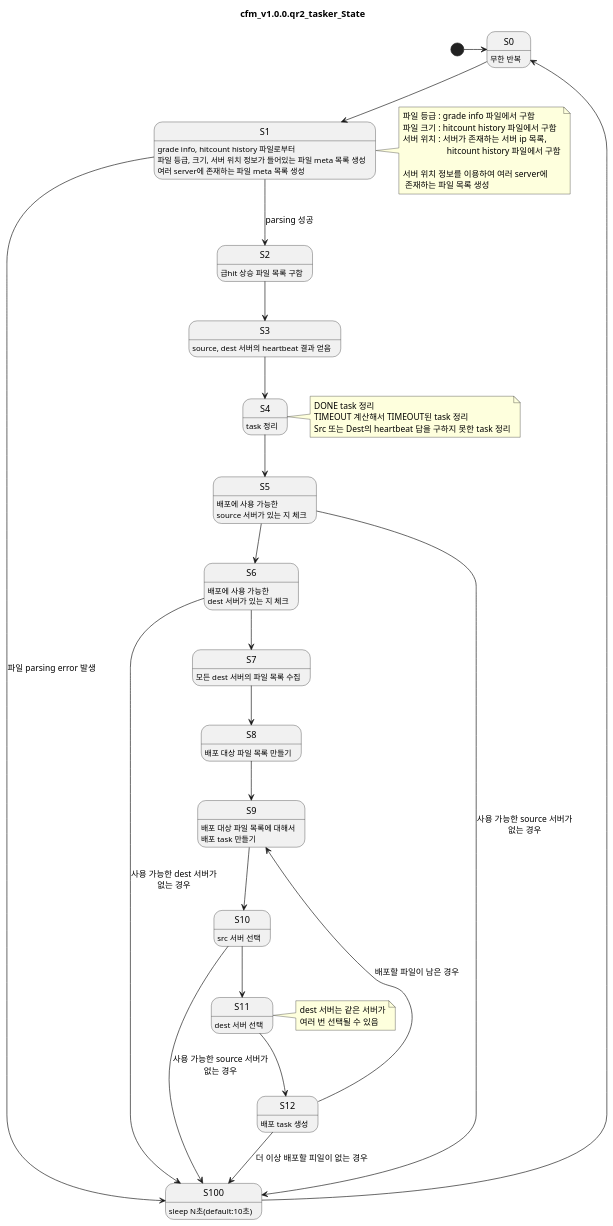
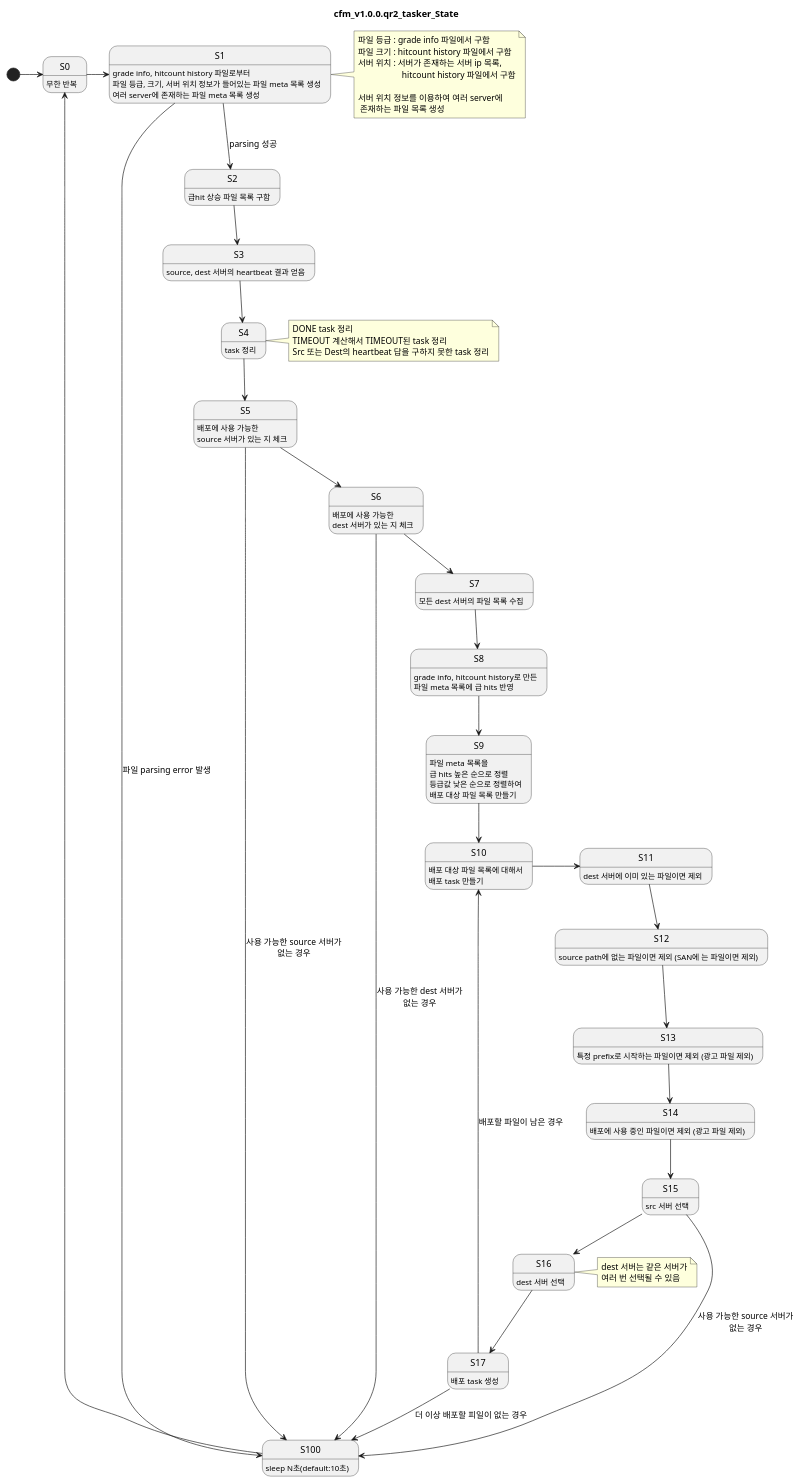
The ninth of 10 diagrams in doc/managingtasks_state.md (castisdev/cfm), drawn with PlantUML before and after one commit. The commit also changed other lines of this file and 24 other files, not shown here.

````diff
--- a/doc/managingtasks_state.md
+++ b/doc/managingtasks_state.md
@@ -227,72 +227,68 @@
 ```plantuml
 title cfm_v1.0.0.qr2_tasker_State
 hide empty description
 
-[*]-> S0
+[*] -> S0
 S0 : 무한 반복
-S0 --> S1
 S1 : grade info, hitcount history 파일로부터\n파일 등급, 크기, 서버 위치 정보가 들어있는 파일 meta 목록 생성\n여러 server에 존재하는 파일 meta 목록 생성
 note right
 	파일 등급 : grade info 파일에서 구함
 	파일 크기 : hitcount history 파일에서 구함
 	서버 위치 : 서버가 존재하는 서버 ip 목록,
                      hitcount history 파일에서 구함
 
 	서버 위치 정보를 이용하여 여러 server에
   존재하는 파일 목록 생성
 end note
-S1 --> S100 : 파일 parsing error 발생
-
-S1 --> S2 : parsing 성공
 S2 : 급hit 상승 파일 목록 구함
-
-S2 --> S3
 S3 : source, dest 서버의 heartbeat 결과 얻음
-
-S3 --> S4
 S4: task 정리
 note right
 	DONE task 정리
 	TIMEOUT 계산해서 TIMEOUT된 task 정리
 	Src 또는 Dest의 heartbeat 답을 구하지 못한 task 정리
 end note
-
-S4 --> S5
 S5 : 배포에 사용 가능한\nsource 서버가 있는 지 체크
-S5 --> S100 : 사용 가능한 source 서버가\n없는 경우
-
-S5 --> S6
 S6 : 배포에 사용 가능한\ndest 서버가 있는 지 체크
-S6 -> S100 : 사용 가능한 dest 서버가\n없는 경우
-
-S6 --> S7
 S7 : 모든 dest 서버의 파일 목록 수집
-
-S7 --> S8
-S8 : 배포 대상 파일 목록 만들기
-
-S8 --> S9
-S9 : 배포 대상 파일 목록에 대해서\n배포 task 만들기
-
-S9 --> S10
-S10 : src 서버 선택
-
-S10 --> S100 : 사용 가능한 source 서버가\n없는 경우
-
-S10 --> S11
-S11 : dest 서버 선택
+S8 : grade info, hitcount history로 만든\n파일 meta 목록에 급 hits 반영
+S9 : 파일 meta 목록을\n급 hits 높은 순으로 정렬\n등급값 낮은 순으로 정렬하여\n배포 대상 파일 목록 만들기
+S10 : 배포 대상 파일 목록에 대해서\n배포 task 만들기
+S11: dest 서버에 이미 있는 파일이면 제외
+S12: source path에 없는 파일이면 제외 (SAN에 는 파일이면 제외)
+S13: 특정 prefix로 시작하는 파일이면 제외 (광고 파일 제외)
+S14: 배포에 사용 중인 파일이면 제외 (광고 파일 제외)
+S15 : src 서버 선택
+S16 : dest 서버 선택
 note right
  dest 서버는 같은 서버가
  여러 번 선택될 수 있음
 end note
+S17 : 배포 task 생성
+S100: sleep N초(default:10초)
 
+S0 -> S1
+S1 -> S100 : 파일 parsing error 발생
+S1 --> S2 : parsing 성공
+S2 --> S3
+S3 --> S4
+S4 --> S5
+S5 --> S100 : 사용 가능한 source 서버가\n없는 경우
+S5 --> S6
+S6 --> S100 : 사용 가능한 dest 서버가\n없는 경우
+S6 --> S7
+S7 --> S8
+S8 --> S9
+S9 --> S10
+S10 -> S11
 S11 --> S12
-S12 : 배포 task 생성
-
-S12 --> S9 : 배포할 파일이 남은 경우
-
-S12 --> S100 : 더 이상 배포할 피일이 없는 경우
-
+S12 --> S13
+S13 --> S14
+S14 --> S15
+S15 --> S100 : 사용 가능한 source 서버가\n없는 경우
+S15 --> S16
+S16 --> S17
+S17 --> S10 : 배포할 파일이 남은 경우
+S17 --> S100 : 더 이상 배포할 피일이 없는 경우
 S100 -> S0
-S100: sleep N초(default:10초)
 ```
````
